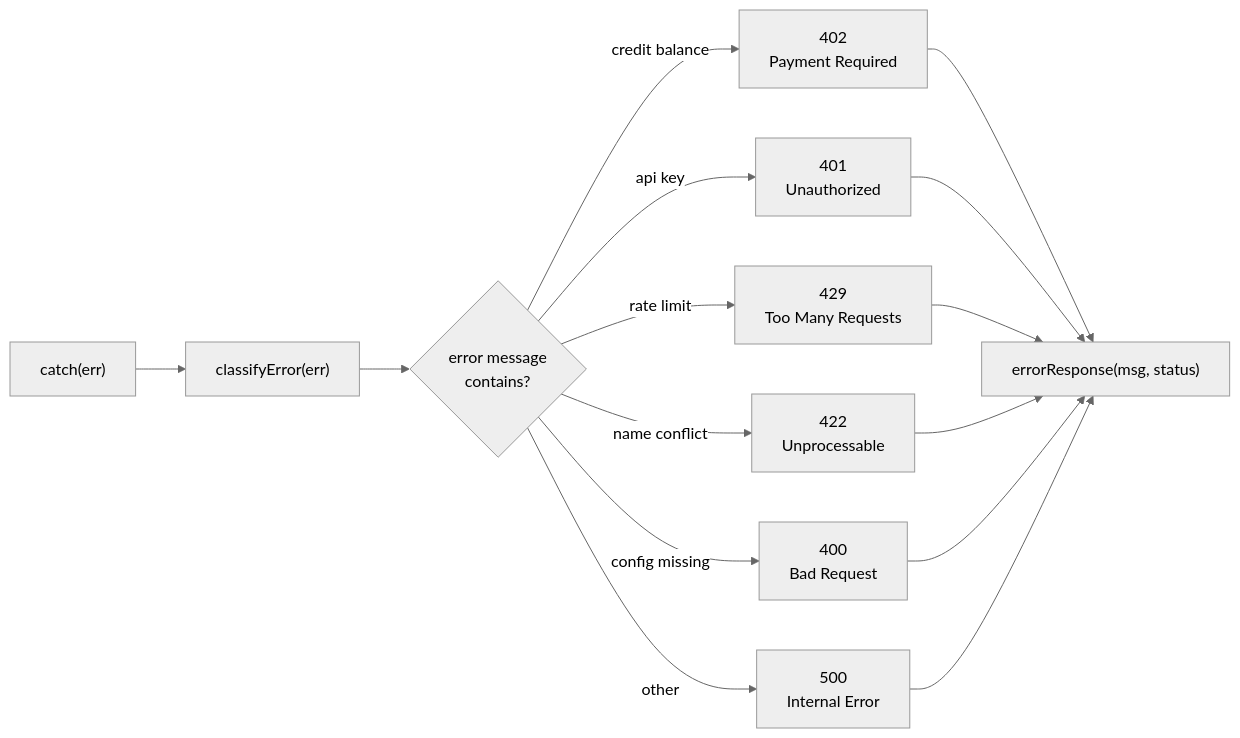
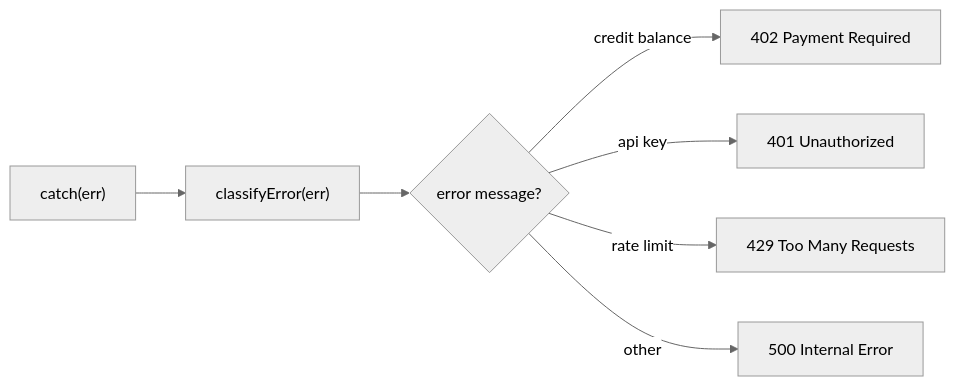
The fourth of 10 diagrams in docs/LEARNING_AI_BACKEND.md (rlynjb/buffr), drawn with Mermaid (neutral theme) before and after one commit. The commit also changed other lines of this file, not shown here.

````diff
--- a/docs/LEARNING_AI_BACKEND.md
+++ b/docs/LEARNING_AI_BACKEND.md
@@ -380,19 +448,10 @@
 ```mermaid
 flowchart LR
     ERR["catch(err)"] --> CL["classifyError(err)"]
-    CL --> M{error message<br/>contains?}
+    CL --> M{error message?}
 
-    M -->|"credit balance"| S402["402<br/>Payment Required"]
-    M -->|"api key"| S401["401<br/>Unauthorized"]
-    M -->|"rate limit"| S429["429<br/>Too Many Requests"]
-    M -->|"name conflict"| S422["422<br/>Unprocessable"]
-    M -->|"config missing"| S400["400<br/>Bad Request"]
-    M -->|other| S500["500<br/>Internal Error"]
-
-    S402 --> R["errorResponse(msg, status)"]
-    S401 --> R
-    S429 --> R
-    S422 --> R
-    S400 --> R
-    S500 --> R
+    M -->|"credit balance"| S402["402 Payment Required"]
+    M -->|"api key"| S401["401 Unauthorized"]
+    M -->|"rate limit"| S429["429 Too Many Requests"]
+    M -->|other| S500["500 Internal Error"]
 ```
````
